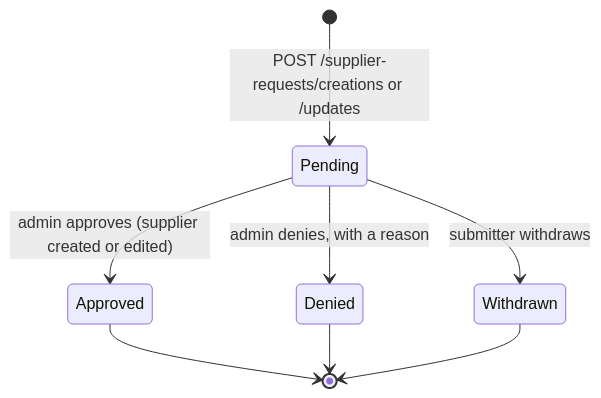
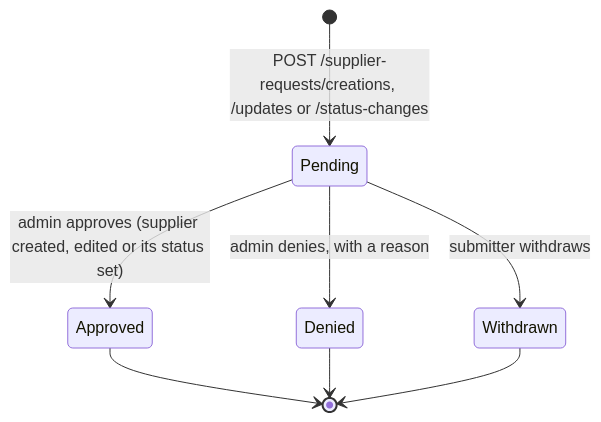
Before and after one commit to AY2627S1-CS3219-P27/FoC: the fourth of 5 diagrams in supplier-service/README.md, drawn with Mermaid. The commit also changed other lines of this file and 2 other files, not shown here.

First line of the commit message:
Document status changes and management endpoints; add Postman folder 5

````diff
--- a/supplier-service/README.md
+++ b/supplier-service/README.md
@@ -490,10 +491,10 @@
 ```mermaid
 stateDiagram-v2
-    [*] --> Pending: POST /supplier-requests/creations or /updates
-    Pending --> Approved: admin approves (supplier created or edited)
+    [*] --> Pending: POST /supplier-requests/creations, /updates or /status-changes
+    Pending --> Approved: admin approves (supplier created, edited or its status set)
     Pending --> Denied: admin denies, with a reason
     Pending --> Withdrawn: submitter withdraws
     Approved --> [*]
     Denied --> [*]
     Withdrawn --> [*]
 ```
````
